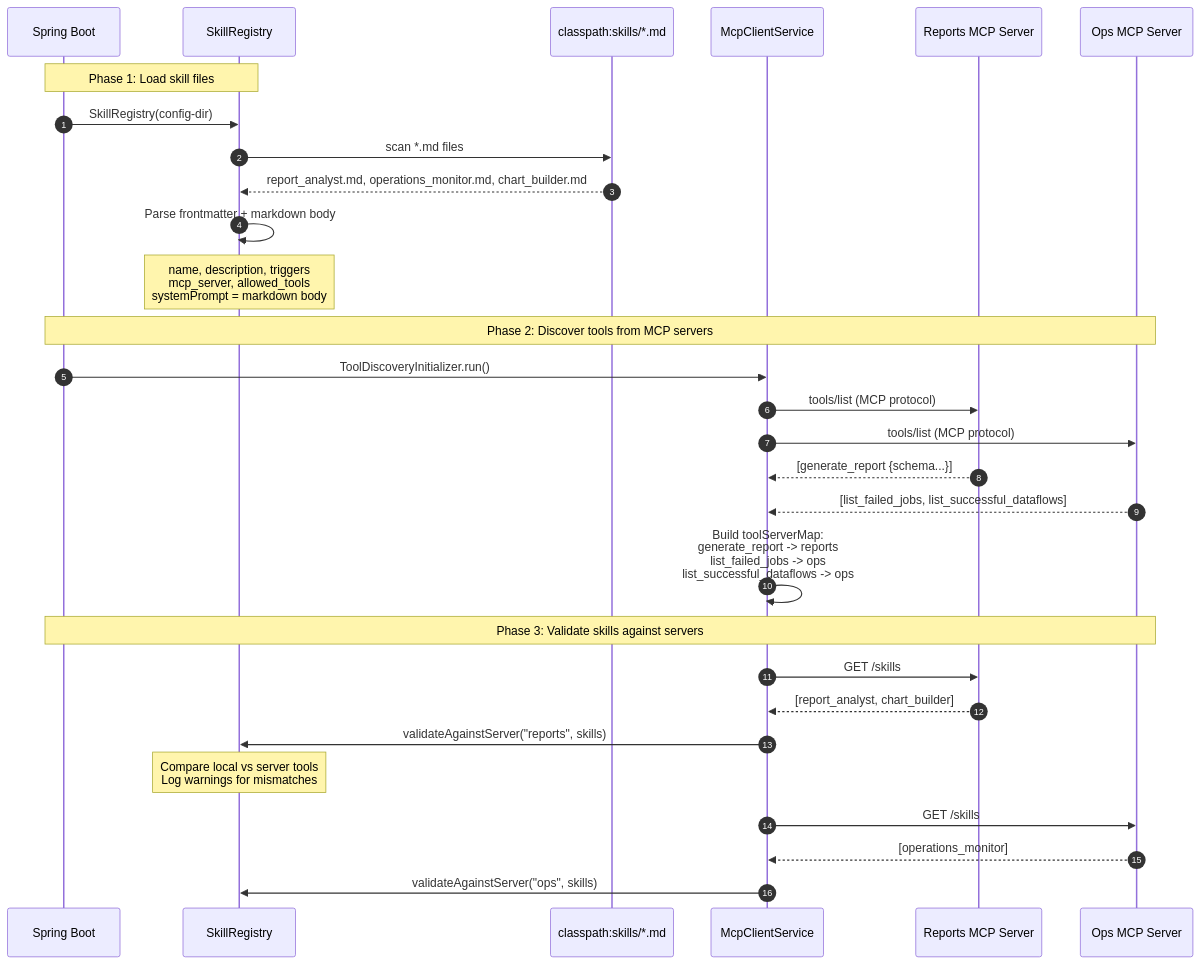
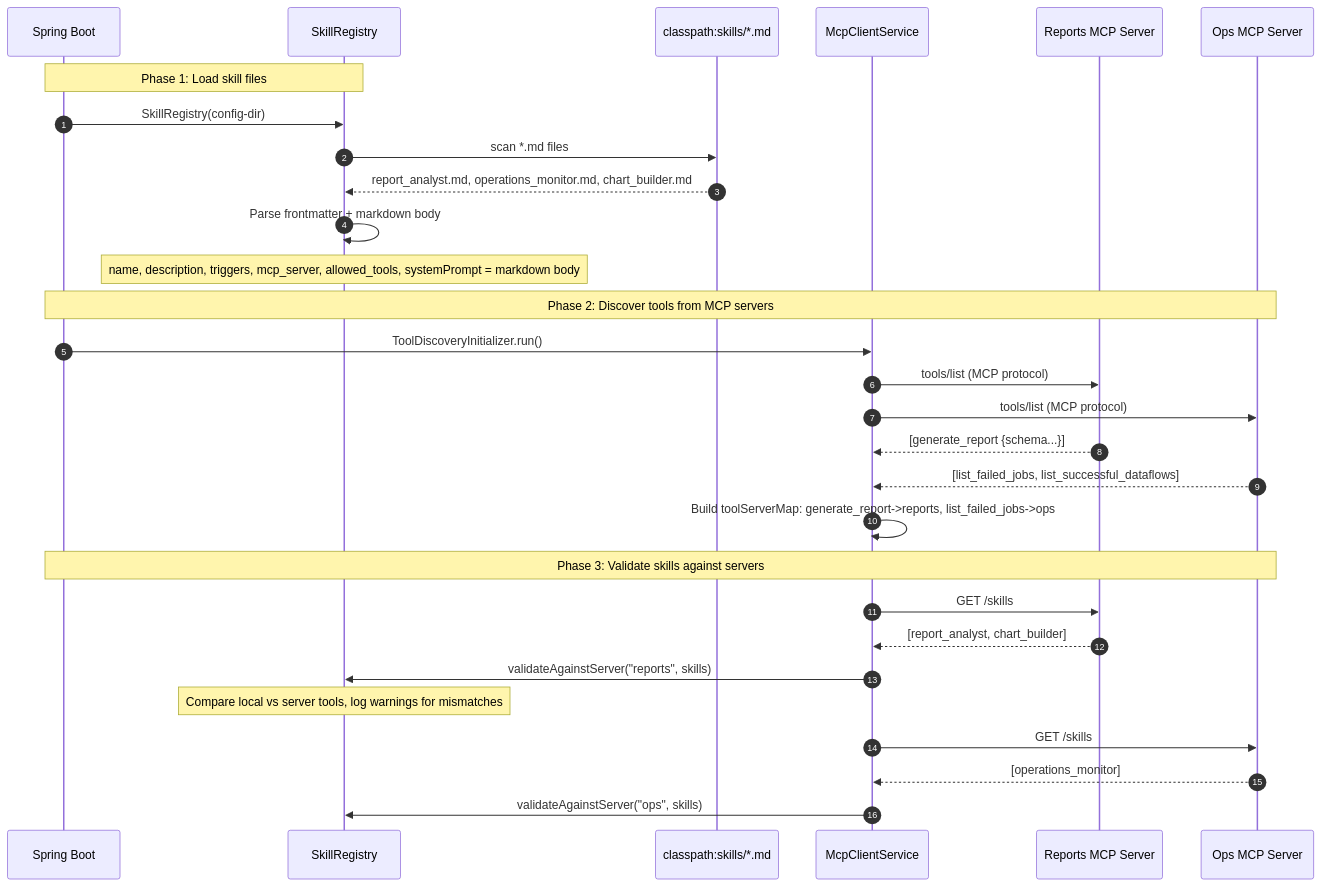
The tenth of 16 diagrams in docs/ARCHITECTURE_V2.md (rajashashankmuppirala/mcp-poc), drawn with Mermaid before and after one commit. The commit also changed other lines of this file, not shown here.

````diff
--- a/docs/ARCHITECTURE_V2.md
+++ b/docs/ARCHITECTURE_V2.md
@@ -480,35 +506,35 @@
 ```mermaid
 sequenceDiagram
     autonumber
     participant Spring as Spring Boot
     participant SR as SkillRegistry
     participant FS as classpath:skills/*.md
     participant MC as McpClientService
     participant RMCP as Reports MCP Server
     participant OMCP as Ops MCP Server
 
     Note over Spring,SR: Phase 1: Load skill files
     Spring->>SR: SkillRegistry(config-dir)
     SR->>FS: scan *.md files
     FS-->>SR: report_analyst.md, operations_monitor.md, chart_builder.md
     SR->>SR: Parse frontmatter + markdown body
-    Note over SR: name, description, triggers<br/>mcp_server, allowed_tools<br/>systemPrompt = markdown body
+    Note over SR: name, description, triggers, mcp_server, allowed_tools, systemPrompt = markdown body
 
     Note over Spring,OMCP: Phase 2: Discover tools from MCP servers
     Spring->>MC: ToolDiscoveryInitializer.run()
     MC->>RMCP: tools/list (MCP protocol)
     MC->>OMCP: tools/list (MCP protocol)
     RMCP-->>MC: [generate_report {schema...}]
     OMCP-->>MC: [list_failed_jobs, list_successful_dataflows]
-    MC->>MC: Build toolServerMap:<br/>generate_report -> reports<br/>list_failed_jobs -> ops<br/>list_successful_dataflows -> ops
+    MC->>MC: Build toolServerMap: generate_report->reports, list_failed_jobs->ops
 
     Note over Spring,OMCP: Phase 3: Validate skills against servers
     MC->>RMCP: GET /skills
     RMCP-->>MC: [report_analyst, chart_builder]
     MC->>SR: validateAgainstServer("reports", skills)
-    Note over SR: Compare local vs server tools<br/>Log warnings for mismatches
+    Note over SR: Compare local vs server tools, log warnings for mismatches
 
     MC->>OMCP: GET /skills
     OMCP-->>MC: [operations_monitor]
     MC->>SR: validateAgainstServer("ops", skills)
 ```
````
